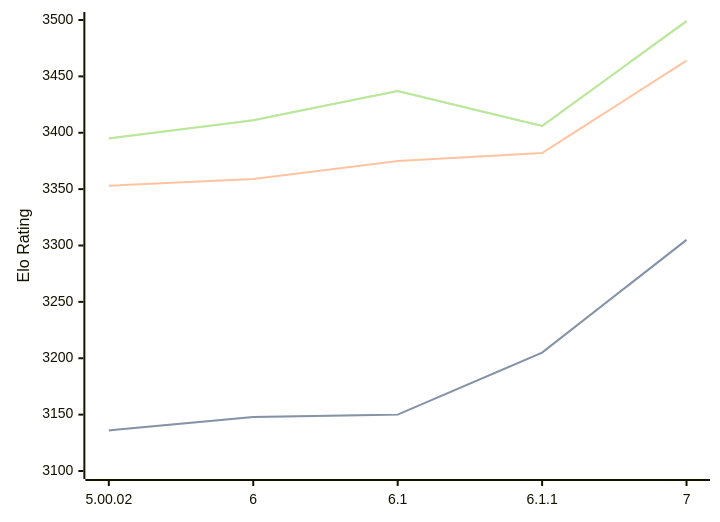
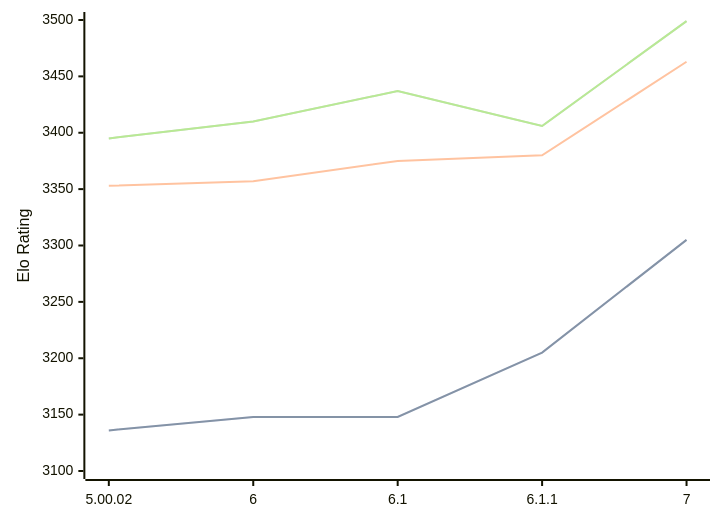
The diagram in engines/Zangdar.md (computer-chess-index/cci), drawn with Mermaid before and after one commit. The commit also changed other lines of this file, not shown here.

Commit message:
Update CCI Ratings (ELO VLTC) - 2026-09-11

````diff
--- a/engines/Zangdar.md
+++ b/engines/Zangdar.md
@@ -35,11 +35,11 @@
 ```mermaid
 %%{init: {"theme":"base","themeVariables":{"seriesColors:['#a3a3a3','#222221','#faa371']}}}%%
 xychart-beta
   x-axis ["5.00.02", "6", "6.1", "6.1.1", "7"]
   y-axis "Elo Rating" 3100 --> 3500
-  line "" [3136, 3148, 3150, 3205, 3305]
-  line "STC (8.0+0.08s)" [3136, 3148, 3150, 3205, 3305]
-  line "LTC (60.0+0.60s)" [3353, 3359, 3375, 3382, 3464]
-  line "" [3395, 3411, 3437, 3406, 3499]
-  line "VLTC (2m24s+1.12s)" [3395, 3411, 3437, 3406, 3499]
+  line "" [3136, 3148, 3148, 3205, 3305]
+  line "STC (8.0+0.08s)" [3136, 3148, 3148, 3205, 3305]
+  line "LTC (60.0+0.60s)" [3353, 3357, 3375, 3380, 3463]
+  line "" [3395, 3410, 3437, 3406, 3499]
+  line "VLTC (2m24s+1.12s)" [3395, 3410, 3437, 3406, 3499]
 ```
````
